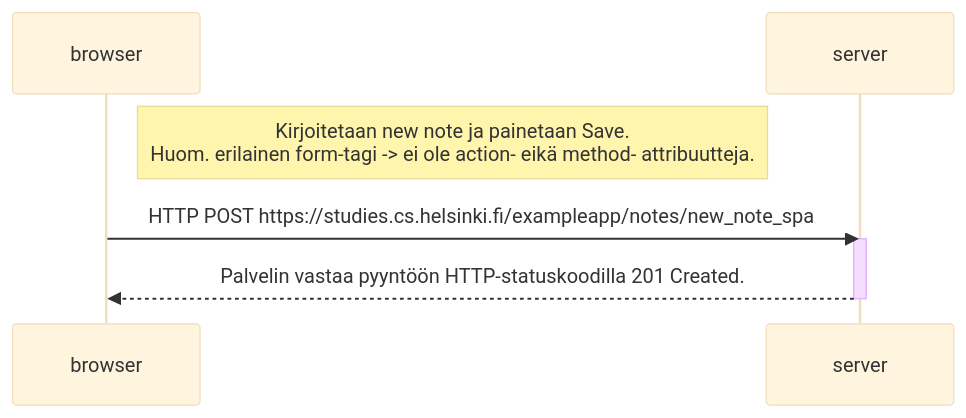
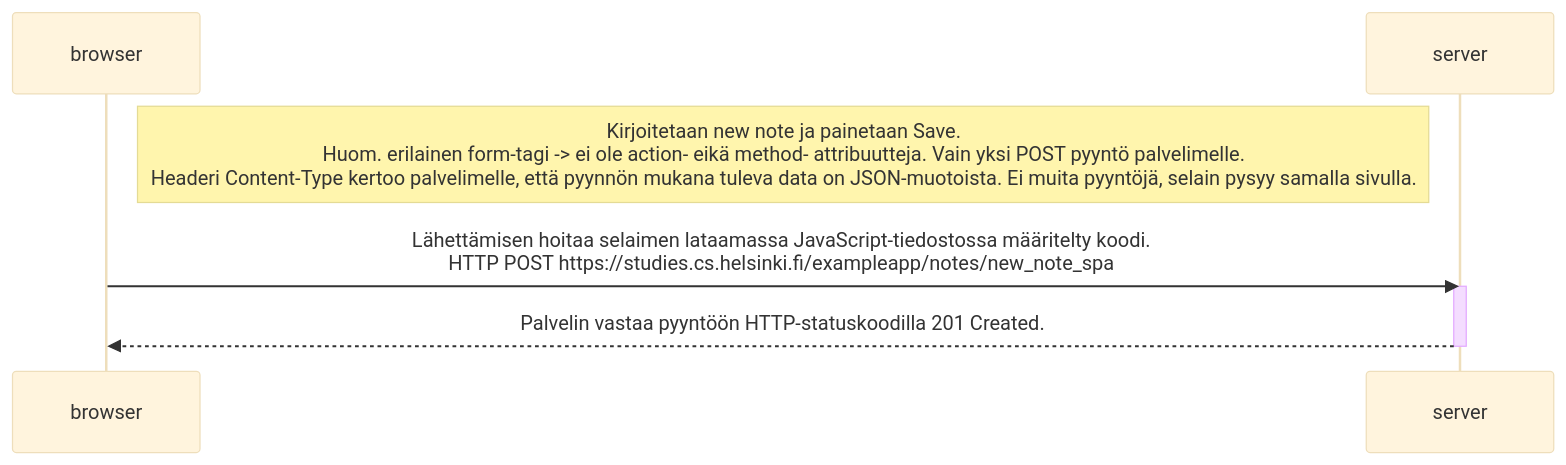
The diagram in 0.5.md (janinanarhi/fullstackOpen0), drawn with Mermaid (base theme) before and after one commit.

````diff
--- a/0.5.md
+++ b/0.5.md
@@ -1,15 +1,15 @@
 ```mermaid
 
 sequenceDiagram
     participant browser
     participant server
 
     
-    note right of browser: Kirjoitetaan new note ja painetaan Save.<br>Huom. erilainen form-tagi -> ei ole action- eikä method- attribuutteja.
-    browser->>server: HTTP POST https://studies.cs.helsinki.fi/exampleapp/notes/new_note_spa
+    note right of browser: Kirjoitetaan new note ja painetaan Save.<br>Huom. erilainen form-tagi -> ei ole action- eikä method- attribuutteja. Vain yksi POST pyyntö palvelimelle.<br>Headeri Content-Type kertoo palvelimelle, että pyynnön mukana tuleva data on JSON-muotoista. Ei muita pyyntöjä, selain pysyy samalla sivulla.
+    browser->>server: Lähettämisen hoitaa selaimen lataamassa JavaScript-tiedostossa määritelty koodi.<br>HTTP POST https://studies.cs.helsinki.fi/exampleapp/notes/new_note_spa
     activate server
 
     server-->>browser:  Palvelin vastaa pyyntöön HTTP-statuskoodilla 201 Created. 
     deactivate server
     
 ```
````
